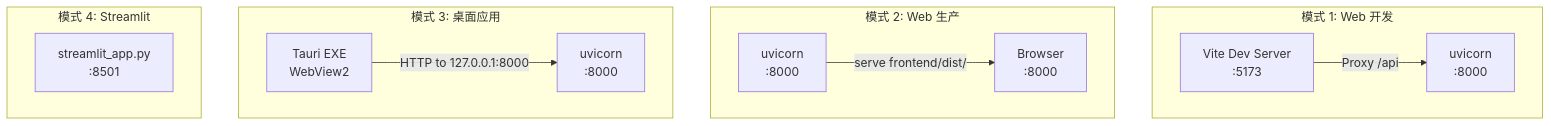
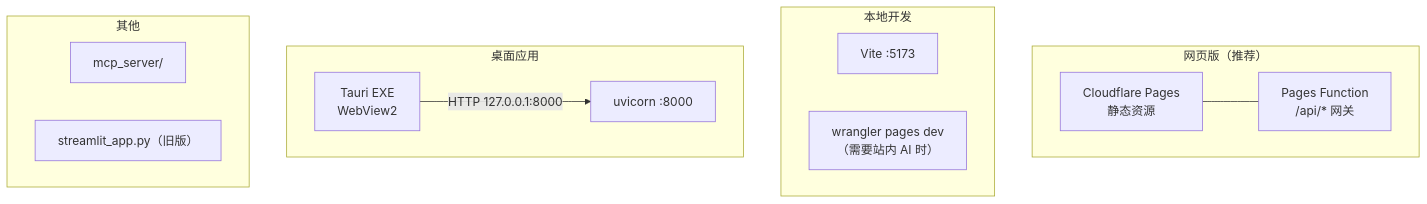
Diagram 11 of 12 in docs/ARCHITECTURE.md (gaaiyun/FOR-BAZI), drawn with Mermaid before and after one commit. The commit also changed other lines of this file and 4 other files, not shown here.

````diff
--- a/docs/ARCHITECTURE.md
+++ b/docs/ARCHITECTURE.md
@@ -463,24 +416,24 @@
 ```mermaid
 graph TB
-    subgraph Mode1["模式 1: Web 开发"]
-        Vite["Vite Dev Server<br/>:5173"]
-        Uvicorn1["uvicorn<br/>:8000"]
-        Vite -->|"Proxy /api"| Uvicorn1
+    subgraph Mode1["网页版（推荐）"]
+        PagesStatic["Cloudflare Pages<br/>静态资源"]
+        PagesFn["Pages Function<br/>/api/* 网关"]
+        PagesStatic --- PagesFn
     end
 
-    subgraph Mode2["模式 2: Web 生产"]
-        Browser2["Browser<br/>:8000"]
-        Uvicorn2["uvicorn<br/>:8000"]
-        Uvicorn2 -->|"serve frontend/dist/"| Browser2
+    subgraph Mode2["本地开发"]
+        Vite["Vite :5173"]
+        WranglerDev["wrangler pages dev<br/>（需要站内 AI 时）"]
     end
 
-    subgraph Mode3["模式 3: 桌面应用"]
+    subgraph Mode3["桌面应用"]
         TauriEXE["Tauri EXE<br/>WebView2"]
-        Uvicorn3["uvicorn<br/>:8000"]
-        TauriEXE -->|"HTTP to 127.0.0.1:8000"| Uvicorn3
+        Uvicorn3["uvicorn :8000"]
+        TauriEXE -->|"HTTP 127.0.0.1:8000"| Uvicorn3
     end
 
-    subgraph Mode4["模式 4: Streamlit"]
-        StreamlitApp["streamlit_app.py<br/>:8501"]
+    subgraph Mode4["其他"]
+        MCPS["mcp_server/"]
+        StreamlitApp["streamlit_app.py（旧版）"]
     end
 ```
````
